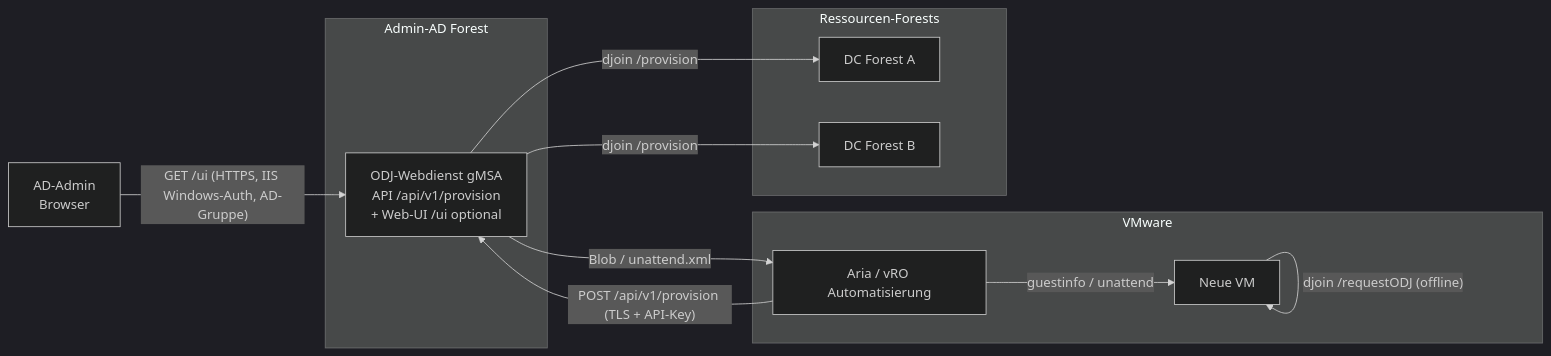
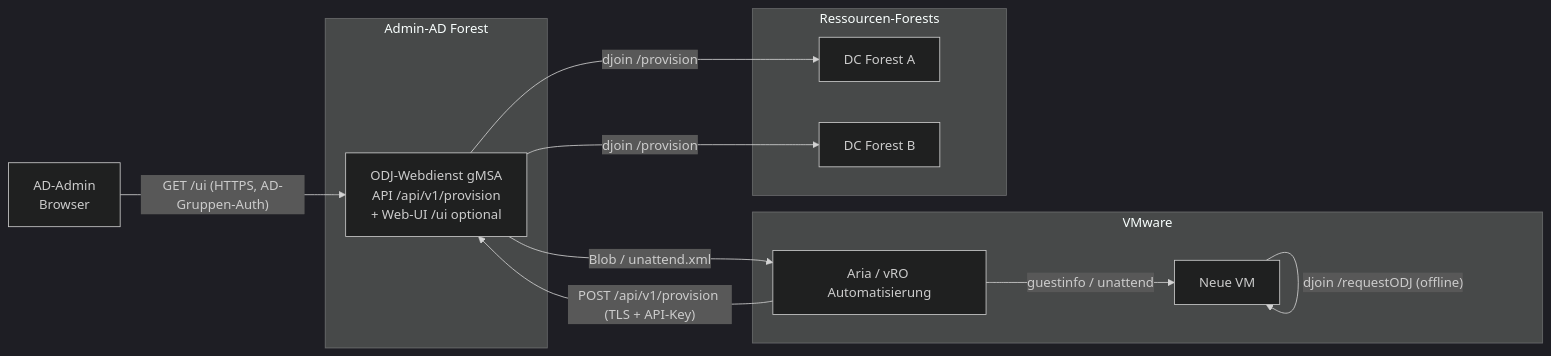
One commit to BetaHydri/CrossForestOfflineJoin changed the diagram in README.md. Above: the diagram before and after it, drawn with Mermaid (dark theme). The commit also changed other lines of this file and 8 other files, not shown here.

````diff
--- a/README.md
+++ b/README.md
@@ -50,23 +50,23 @@
 ```mermaid
 flowchart LR
     ADM[AD-Admin<br/>Browser]
     subgraph VMware
         A[Aria / vRO Automatisierung]
         VM[Neue VM]
     end
     subgraph AdminAD[Admin-AD Forest]
         SVC[ODJ-Webdienst gMSA<br/>API /api/v1/provision<br/>+ Web-UI /ui optional]
     end
     subgraph ResForests[Ressourcen-Forests]
         DCA[DC Forest A]
         DCB[DC Forest B]
     end
 
     A -- POST /api/v1/provision (TLS + API-Key) --> SVC
-    ADM -- GET /ui (HTTPS, IIS Windows-Auth, AD-Gruppe) --> SVC
+    ADM -- GET /ui (HTTPS, AD-Gruppen-Auth) --> SVC
     SVC -- djoin /provision --> DCA
     SVC -- djoin /provision --> DCB
     SVC -- Blob / unattend.xml --> A
     A -- guestinfo / unattend --> VM
     VM -- djoin /requestODJ (offline) --> VM
 ```
````
